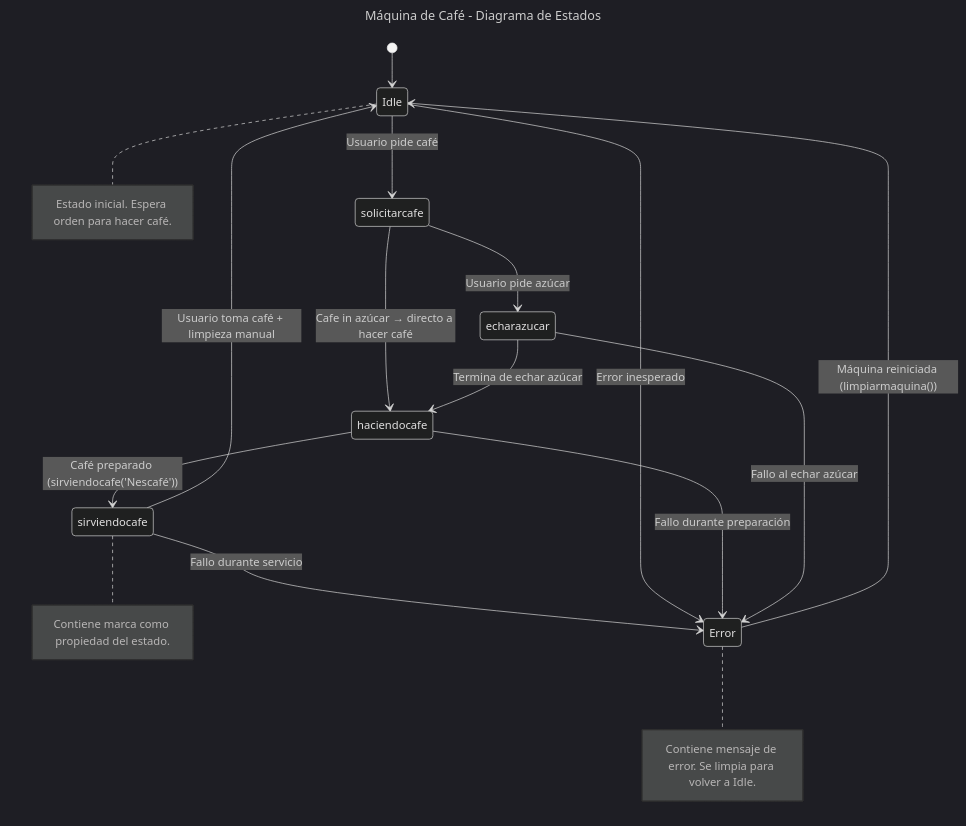
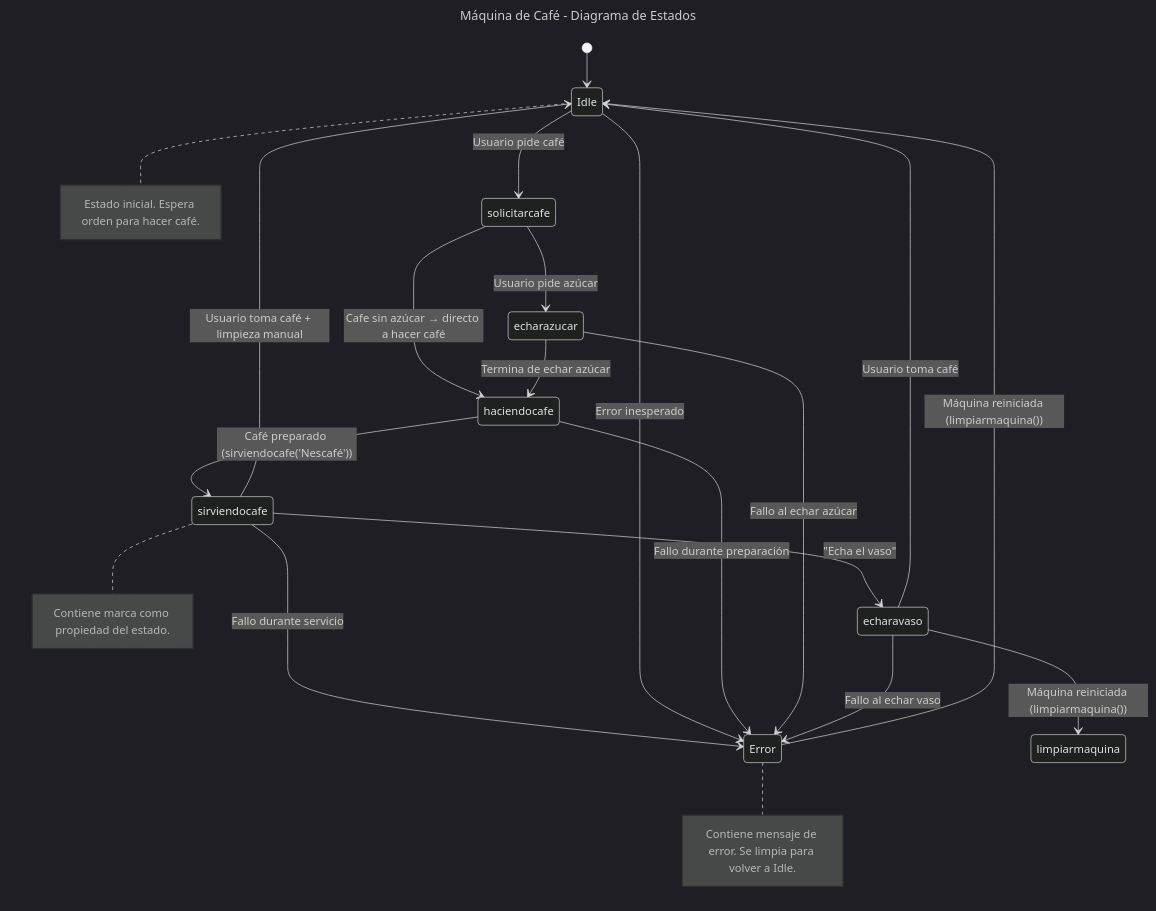
One commit to shermidagre/PMDM changed the diagram in 1trabajo/src/diagrama.mmd. Above: the diagram before and after it, drawn with Mermaid (dark theme).

Commit message:
actu diagrama

```diff
--- a/1trabajo/src/diagrama.mmd
+++ b/1trabajo/src/diagrama.mmd
@@ -1,19 +1,23 @@
 ---
 title: Máquina de Café - Diagrama de Estados
 ---
 stateDiagram-v2
 [*] --> Idle
 Idle --> solicitarcafe: Usuario pide café
 solicitarcafe --> echarazucar: Usuario pide azúcar
-solicitarcafe --> haciendocafe: Cafe in azúcar → directo a hacer café
+solicitarcafe --> haciendocafe: Cafe sin azúcar → directo a hacer café
 echarazucar --> haciendocafe: Termina de echar azúcar
 haciendocafe --> sirviendocafe: Café preparado (sirviendocafe('Nescafé'))
 sirviendocafe --> Idle: Usuario toma café + limpieza manual
 sirviendocafe --> Error: Fallo durante servicio
 Idle --> Error: Error inesperado
 haciendocafe --> Error: Fallo durante preparación
 echarazucar --> Error: Fallo al echar azúcar
+sirviendocafe --> echaravaso: "Echa el vaso"
+echaravaso --> Idle: Usuario toma café
+echaravaso --> limpiarmaquina: Máquina reiniciada (limpiarmaquina())
+echaravaso --> Error: Fallo al echar vaso
 Error --> Idle: Máquina reiniciada (limpiarmaquina())
 note right of Idle: Estado inicial. Espera orden para hacer café.
 note right of sirviendocafe: Contiene marca como propiedad del estado.
 note right of Error: Contiene mensaje de error. Se limpia para volver a Idle.
```
